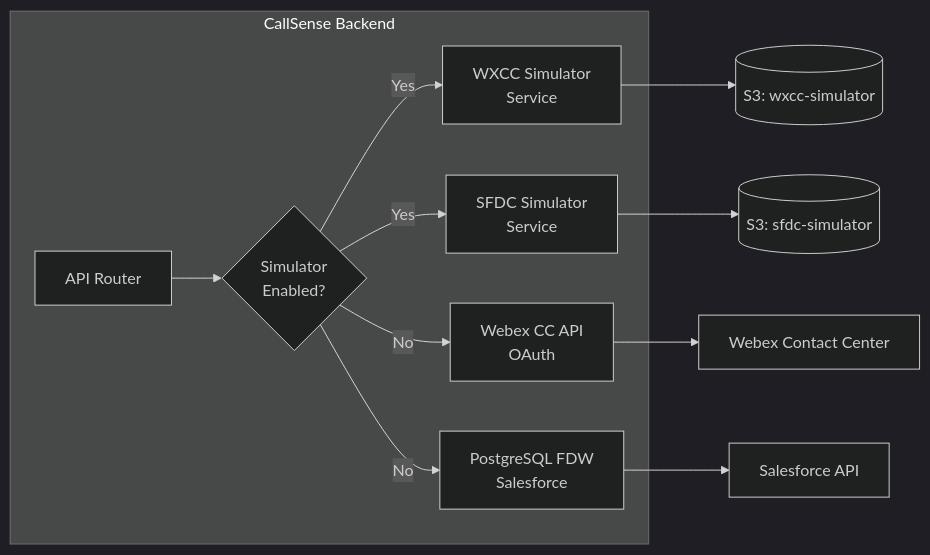
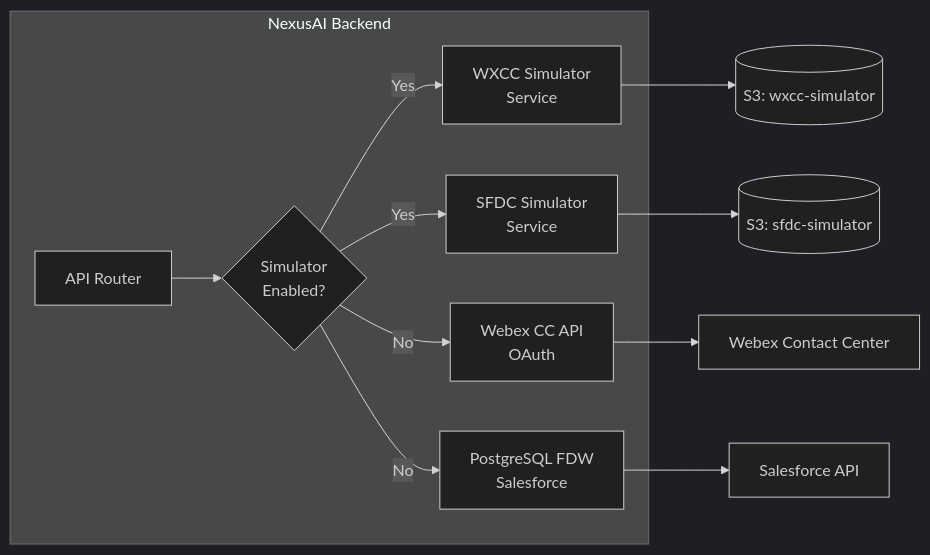
One commit to nexusdataai/nexus-docs changed the diagram in docs/simulators/index.md. Above: the diagram before and after it, drawn with Mermaid (dark theme). The commit also changed other lines of this file and 263 other files, not shown here.

First line of the commit message:
Rebrand documentation from Totogi CallSense to NexusAI Data Platform

````diff
--- a/docs/simulators/index.md
+++ b/docs/simulators/index.md
@@ -27,27 +27,27 @@
 ```mermaid
 flowchart LR
-    subgraph app [CallSense Backend]
+    subgraph app [NexusAI Backend]
         Router[API Router]
         SimSwitch{Simulator\nEnabled?}
         RealWXCC[Webex CC API\nOAuth]
         SimWXCC[WXCC Simulator\nService]
         RealFDW[PostgreSQL FDW\nSalesforce]
         SimFDW[SFDC Simulator\nService]
     end
 
     S3_WXCC[(S3: wxcc-simulator)]
     S3_SFDC[(S3: sfdc-simulator)]
     WebexAPI[Webex Contact Center]
     SalesforceAPI[Salesforce API]
 
     Router --> SimSwitch
     SimSwitch -->|Yes| SimWXCC
     SimSwitch -->|Yes| SimFDW
     SimSwitch -->|No| RealWXCC
     SimSwitch -->|No| RealFDW
 
     SimWXCC --> S3_WXCC
     SimFDW --> S3_SFDC
     RealWXCC --> WebexAPI
     RealFDW --> SalesforceAPI
 ```
````
